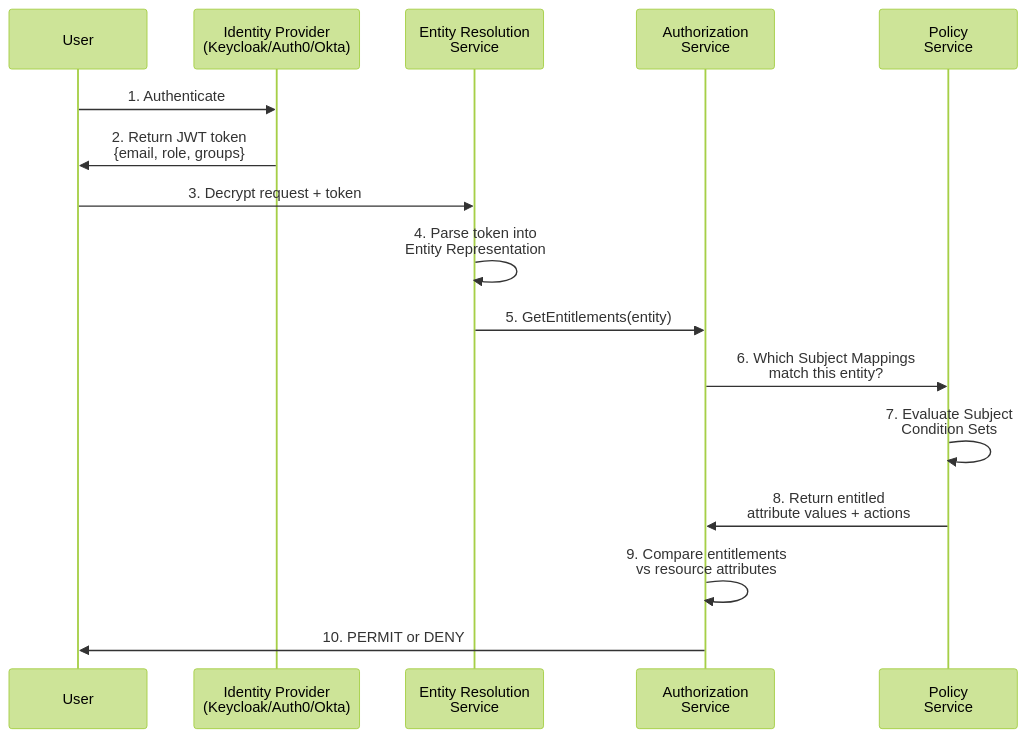
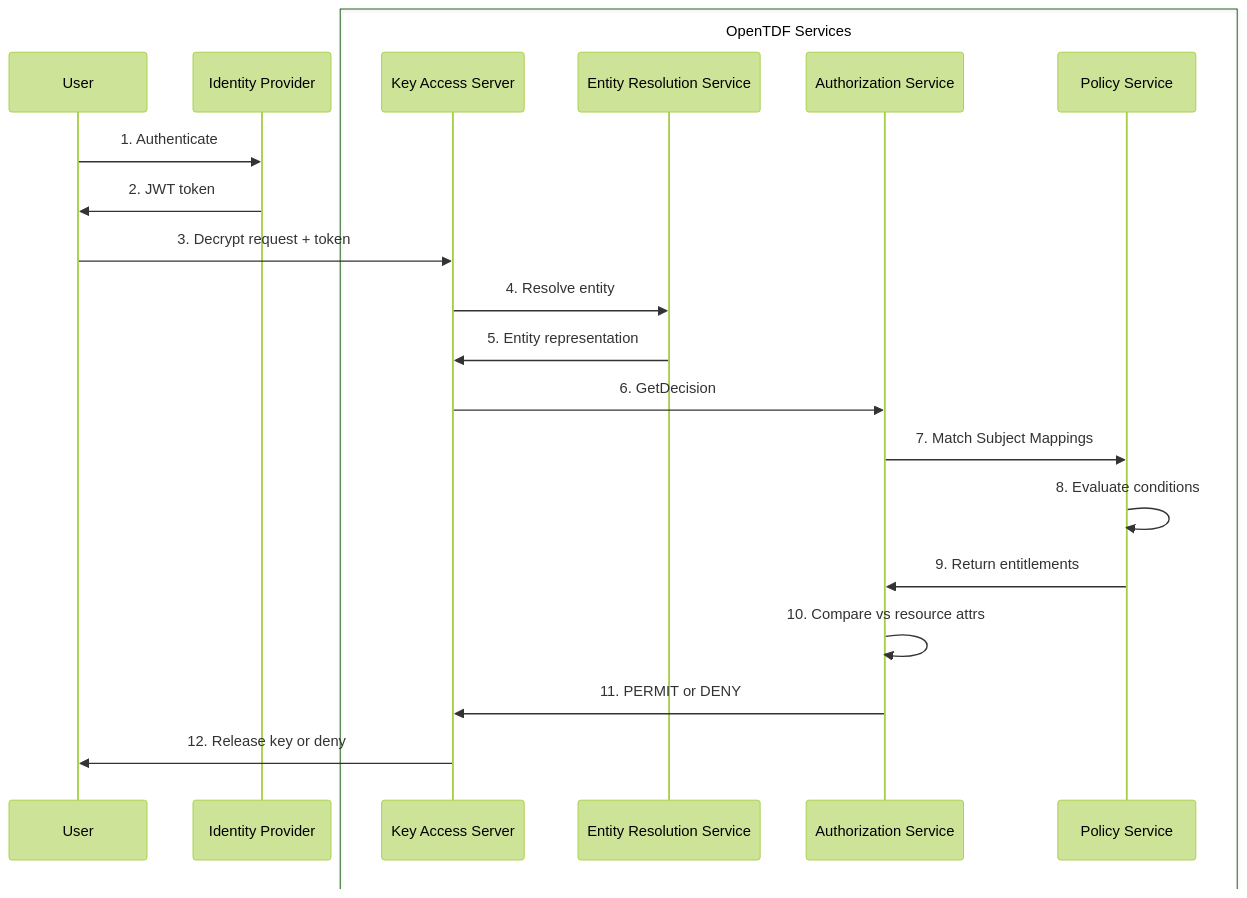
Before and after one commit to opentdf/docs: the first of 6 diagrams in docs/guides/subject-mapping-guide.md, drawn with Mermaid (forest theme). The commit also changed other lines of this file, not shown here.

First line of the commit message:
docs(subject-mapping-guide): improve architecture section readability and accuracy

````diff
--- a/docs/guides/subject-mapping-guide.md
+++ b/docs/guides/subject-mapping-guide.md
@@ -61,23 +61,29 @@
 ```mermaid
+%%{init: {'sequence': {'boxMargin': 20}}}%%
 sequenceDiagram
     participant User
-    participant IdP as Identity Provider<br/>(Keycloak/Auth0/Okta)
-    participant ERS as Entity Resolution<br/>Service
-    participant Auth as Authorization<br/>Service
-    participant Policy as Policy<br/>Service
+    participant IdP as Identity Provider
+    box OpenTDF Services
+        participant KAS as Key Access Server
+        participant ERS as Entity Resolution Service
+        participant Auth as Authorization Service
+        participant Policy as Policy Service
+    end
 
     User->>IdP: 1. Authenticate
-    IdP->>User: 2. Return JWT token<br/>{email, role, groups}
+    IdP->>User: 2. JWT token
 
-    User->>ERS: 3. Decrypt request + token
-    ERS->>ERS: 4. Parse token into<br/>Entity Representation
+    User->>KAS: 3. Decrypt request + token
+    KAS->>ERS: 4. Resolve entity
+    ERS->>KAS: 5. Entity representation
 
-    ERS->>Auth: 5. GetEntitlements(entity)
-    Auth->>Policy: 6. Which Subject Mappings<br/>match this entity?
+    KAS->>Auth: 6. GetDecision
+    Auth->>Policy: 7. Match Subject Mappings
 
-    Policy->>Policy: 7. Evaluate Subject<br/>Condition Sets
-    Policy->>Auth: 8. Return entitled<br/>attribute values + actions
+    Policy->>Policy: 8. Evaluate conditions
+    Policy->>Auth: 9. Return entitlements
 
-    Auth->>Auth: 9. Compare entitlements<br/>vs resource attributes
-    Auth->>User: 10. PERMIT or DENY
+    Auth->>Auth: 10. Compare vs resource attrs
+    Auth->>KAS: 11. PERMIT or DENY
+    KAS->>User: 12. Release key or deny
 ```
````
